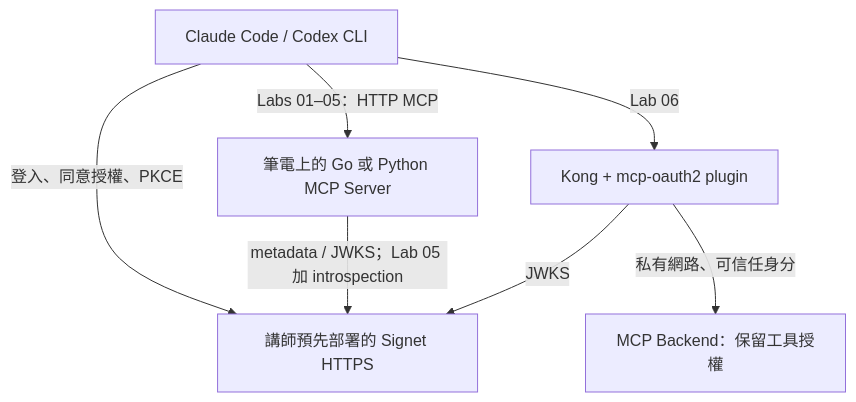
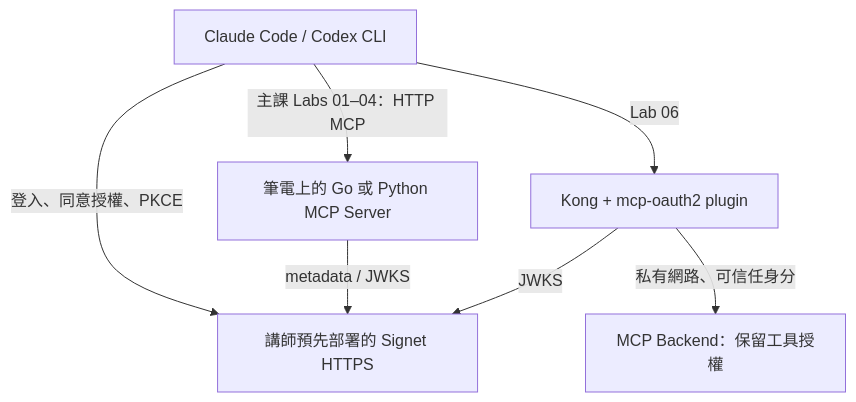
The diagram in README.md (go-training/mcp-oauth2-workshop), drawn with Mermaid before and after one commit. The commit also changed other lines of this file and 10 other files, not shown here.

````diff
--- a/README.md
+++ b/README.md
@@ -130,9 +132,9 @@
 ```mermaid
 flowchart TD
     C[Claude Code / Codex CLI] -->|登入、同意授權、PKCE| S[講師預先部署的 Signet HTTPS]
-    C -->|Labs 01–05：HTTP MCP| M[筆電上的 Go 或 Python MCP Server]
-    M -->|metadata / JWKS；Lab 05 加 introspection| S
+    C -->|主課 Labs 01–04：HTTP MCP| M[筆電上的 Go 或 Python MCP Server]
+    M -->|metadata / JWKS| S
     C -->|Lab 06| K[Kong + mcp-oauth2 plugin]
     K -->|私有網路、可信任身分| B[MCP Backend：保留工具授權]
     K -->|JWKS| S
 ```
````
